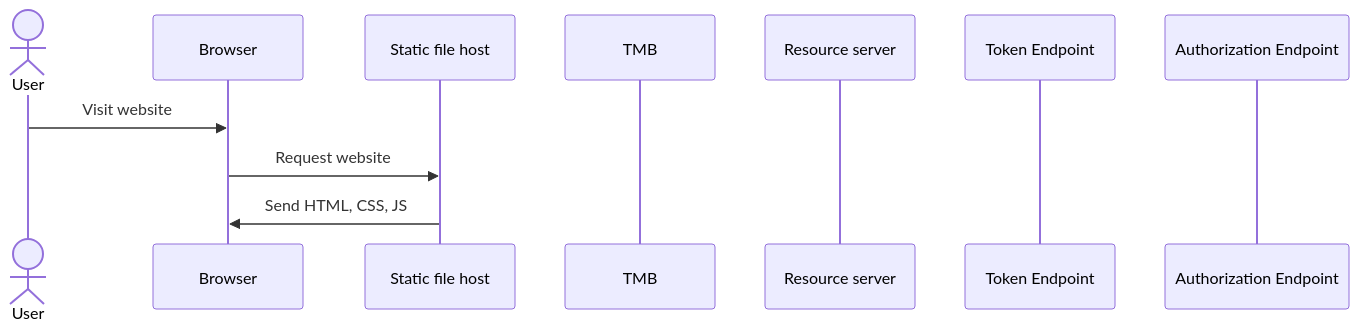
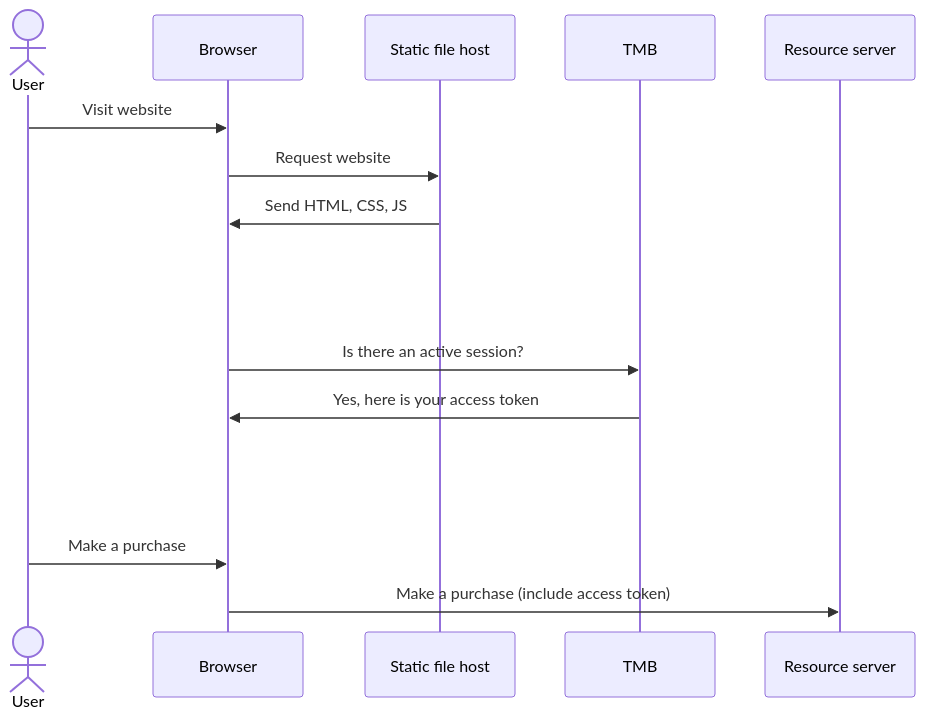
Before and after one commit to FusionAuth/fusionauth-site: the first of 2 diagrams in astro/src/content/blog/authArchitecturePart2_TMB.mdx, drawn with Mermaid. The commit also changed other lines of this file and 1 other file, not shown here.

Commit message:
add mermaid diagram

````diff
--- a/astro/src/content/blog/authArchitecturePart2_TMB.mdx
+++ b/astro/src/content/blog/authArchitecturePart2_TMB.mdx
@@ -128,14 +126,21 @@
 ```mermaid
 sequenceDiagram
+	%%{init:{"themeVariables": { "noteBkgColor":"transparent", "noteTextColor":"transparent", "noteBorderColor":"transparent" }}}%%
 	actor U as User
 	participant B as Browser
 	participant F as Static file host
 	participant T as TMB
 	participant R as Resource server
-	participant O as Token Endpoint
-	participant A as Authorization Endpoint
 
 	U->>B: Visit website
 	B->>F: Request website
 	F->>B: Send HTML, CSS, JS
+	Note over B,T: .
+	Note over B,T: .
+	B->>T: Is there an active session?
+	T->>B: Yes, here is your access token
+	Note over B,T: .
+	Note over B,T: .
+	U->>B: Make a purchase
+	B->>R: Make a purchase (include access token)
 ```
````
